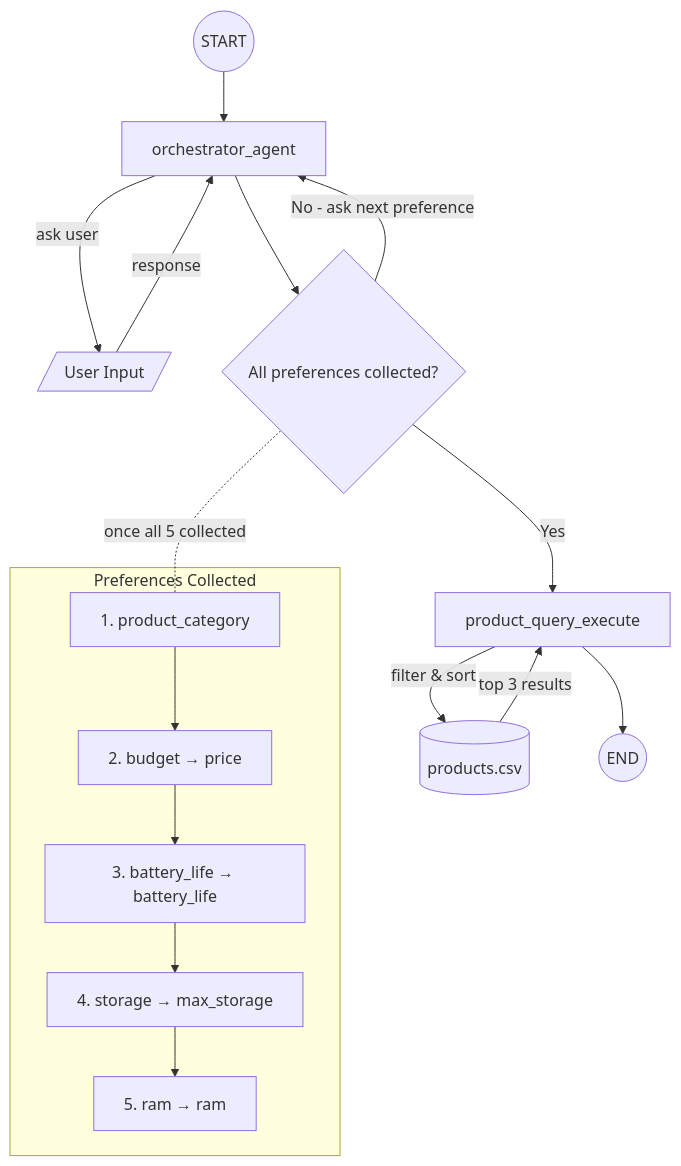
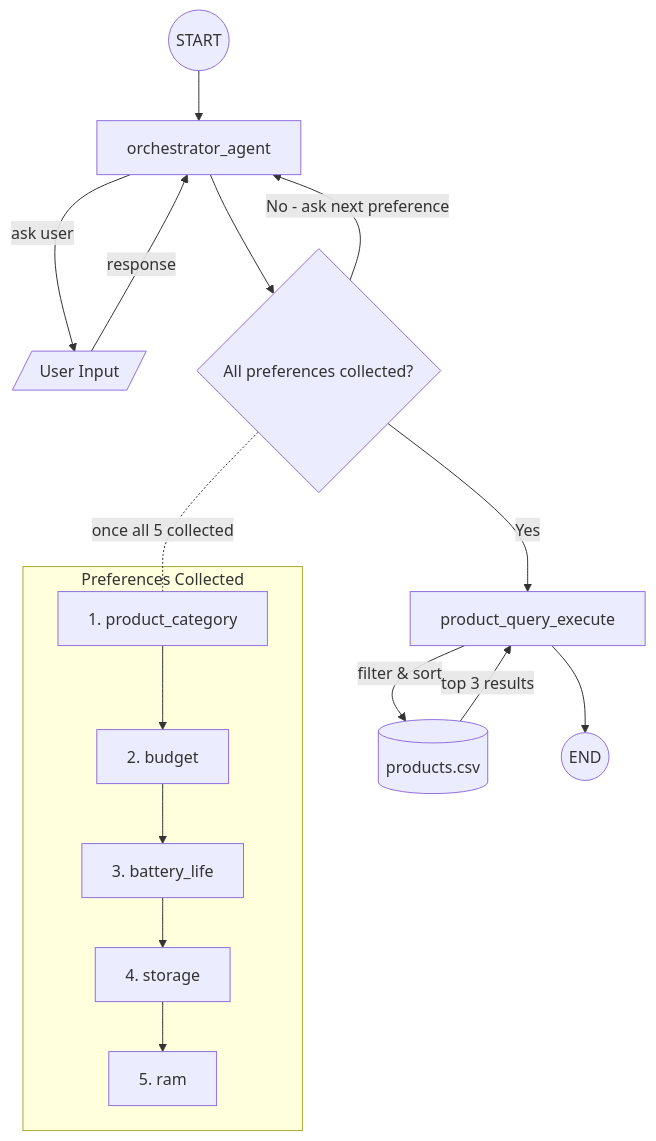
The diagram in README.md (rohitk2/egains), drawn with Mermaid before and after one commit.

Commit message:
Refine preference labels in README
Updated preference labels for clarity.

````diff
--- a/README.md
+++ b/README.md
@@ -16,25 +16,25 @@
 ```mermaid
 graph TD
     A((START)) --> B[orchestrator_agent]
     B -->|ask user| C[/User Input/]
     C -->|response| B
     B --> D{All preferences collected?}
 
     D -->|No - ask next preference| B
 
     D -->|Yes| F[product_query_execute]
     F -->|filter & sort| G[(products.csv)]
     G -->|top 3 results| F
     F --> H((END))
 
     subgraph "Preferences Collected"
         P1[1. product_category]
-        P2[2. budget → price]
-        P3[3. battery_life → battery_life]
-        P4[4. storage → max_storage]
-        P5[5. ram → ram]
+        P2[2. budget]
+        P3[3. battery_life ]
+        P4[4. storage]
+        P5[5. ram ]
         P1 --> P2 --> P3 --> P4 --> P5
     end
 
     D -.-|"once all 5 collected"| P1
 ```
````
